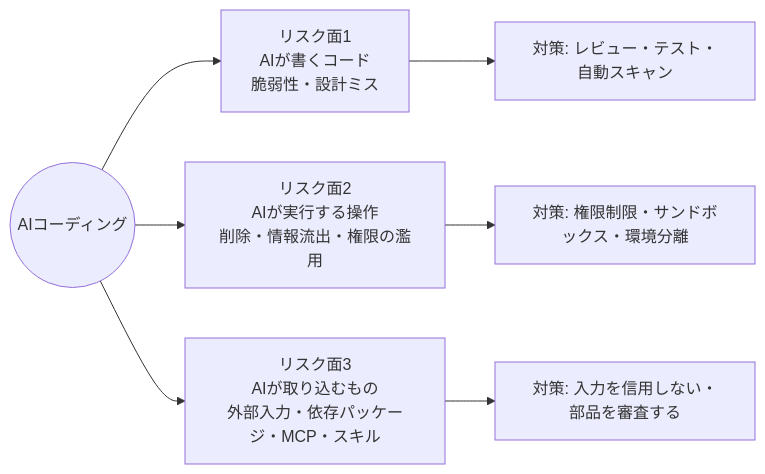
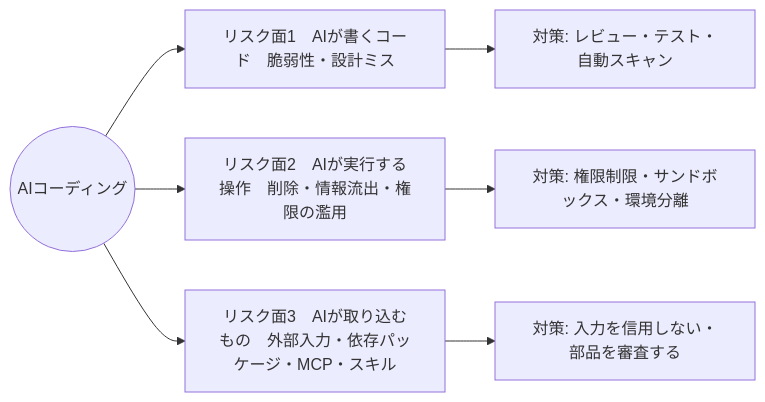
The first of 9 diagrams in Ai-coding-safety-guide.md (myoshi2891/Security_Studies), drawn with Mermaid before and after one commit. The commit also changed other lines of this file, not shown here.

Commit message:
docs(ai-coding): replace br tags with fullwidth spaces in mermaid diagrams

````diff
--- a/Ai-coding-safety-guide.md
+++ b/Ai-coding-safety-guide.md
@@ -43,9 +43,9 @@
 ```mermaid
 flowchart LR
-    AI(("AIコーディング")) --> R1["リスク面1<br/>AIが書くコード<br/>脆弱性・設計ミス"]
-    AI --> R2["リスク面2<br/>AIが実行する操作<br/>削除・情報流出・権限の濫用"]
-    AI --> R3["リスク面3<br/>AIが取り込むもの<br/>外部入力・依存パッケージ・MCP・スキル"]
+    AI(("AIコーディング")) --> R1["リスク面1　AIが書くコード　脆弱性・設計ミス"]
+    AI --> R2["リスク面2　AIが実行する操作　削除・情報流出・権限の濫用"]
+    AI --> R3["リスク面3　AIが取り込むもの　外部入力・依存パッケージ・MCP・スキル"]
     R1 --> D1["対策: レビュー・テスト・自動スキャン"]
     R2 --> D2["対策: 権限制限・サンドボックス・環境分離"]
     R3 --> D3["対策: 入力を信用しない・部品を審査する"]
 ```
````
